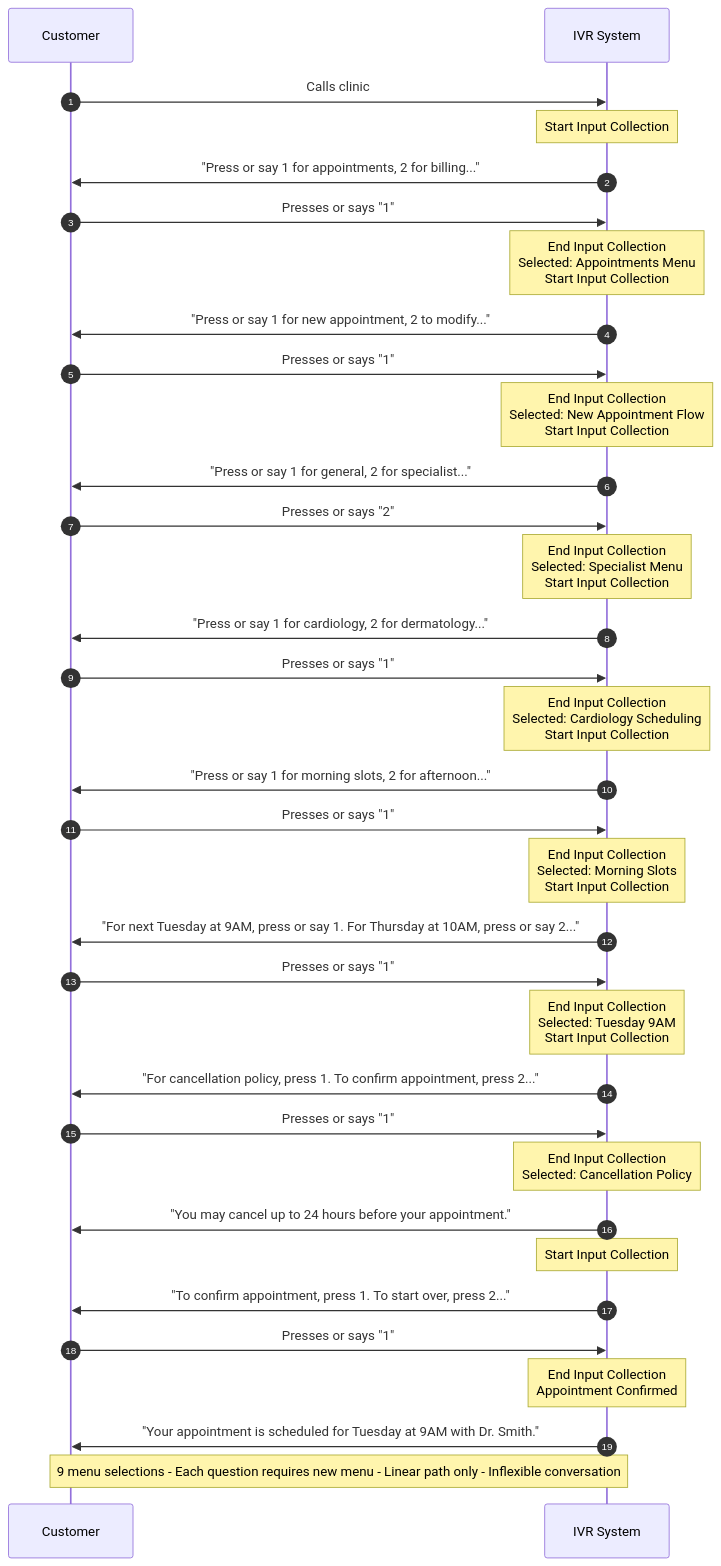
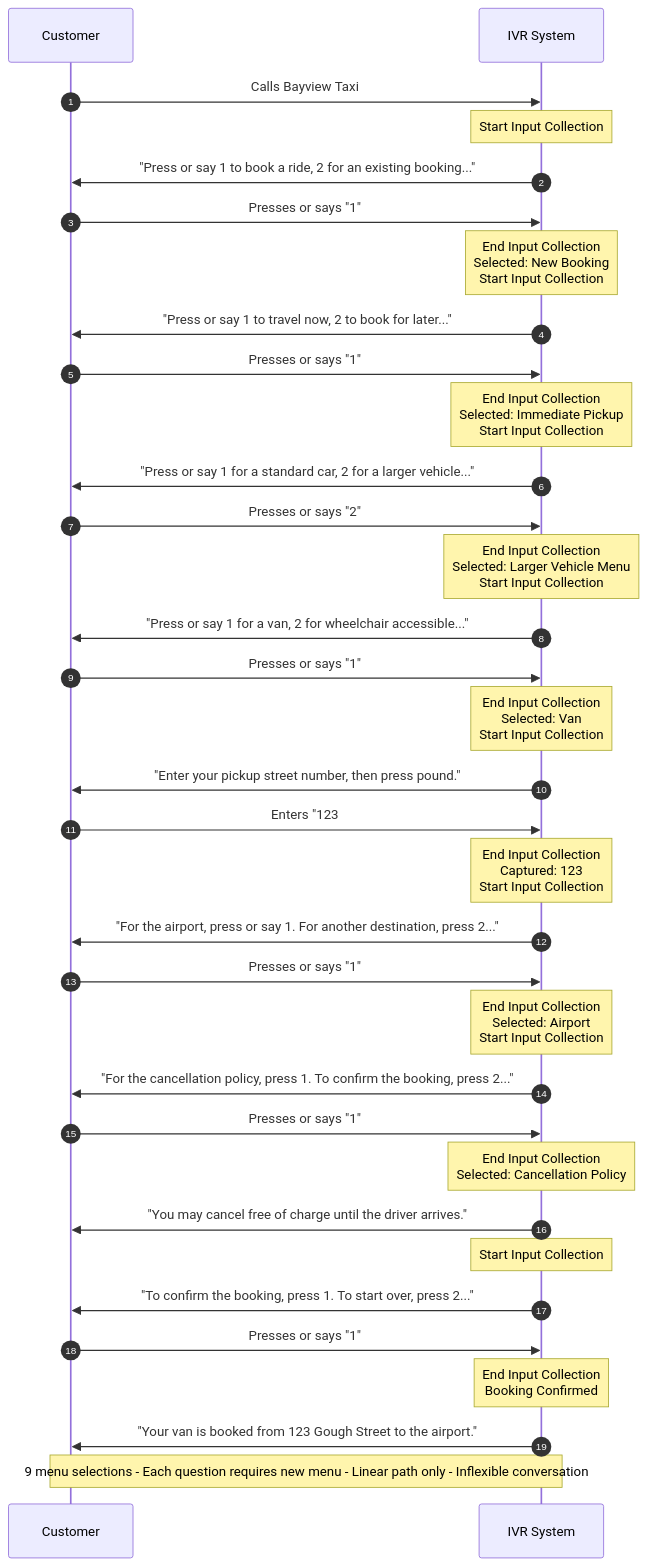
The third of 9 diagrams in fern/products/platform/pages/ai/get-started/capabilities/index.mdx (signalwire/docs), drawn with Mermaid before and after one commit. The commit also changed other lines of this file and 8 other files, not shown here.

````diff
--- a/fern/products/platform/pages/ai/get-started/capabilities/index.mdx
+++ b/fern/products/platform/pages/ai/get-started/capabilities/index.mdx
@@ -93,36 +103,36 @@
 ```mermaid
 sequenceDiagram
     autonumber
     participant C as Customer
     participant I as IVR System
-    C->>I: Calls clinic
+    C->>I: Calls Bayview Taxi
     Note over I: Start Input Collection
-    I->>C: "Press or say 1 for appointments, 2 for billing..."
+    I->>C: "Press or say 1 to book a ride, 2 for an existing booking..."
     C->>I: Presses or says "1"
-    Note over I: End Input Collection<br/>Selected: Appointments Menu<br/>Start Input Collection
-    I->>C: "Press or say 1 for new appointment, 2 to modify..."
+    Note over I: End Input Collection<br/>Selected: New Booking<br/>Start Input Collection
+    I->>C: "Press or say 1 to travel now, 2 to book for later..."
     C->>I: Presses or says "1"
-    Note over I: End Input Collection<br/>Selected: New Appointment Flow<br/>Start Input Collection
-    I->>C: "Press or say 1 for general, 2 for specialist..."
+    Note over I: End Input Collection<br/>Selected: Immediate Pickup<br/>Start Input Collection
+    I->>C: "Press or say 1 for a standard car, 2 for a larger vehicle..."
     C->>I: Presses or says "2"
-    Note over I: End Input Collection<br/>Selected: Specialist Menu<br/>Start Input Collection
-    I->>C: "Press or say 1 for cardiology, 2 for dermatology..."
+    Note over I: End Input Collection<br/>Selected: Larger Vehicle Menu<br/>Start Input Collection
+    I->>C: "Press or say 1 for a van, 2 for wheelchair accessible..."
     C->>I: Presses or says "1"
-    Note over I: End Input Collection<br/>Selected: Cardiology Scheduling<br/>Start Input Collection
-    I->>C: "Press or say 1 for morning slots, 2 for afternoon..."
+    Note over I: End Input Collection<br/>Selected: Van<br/>Start Input Collection
+    I->>C: "Enter your pickup street number, then press pound."
+    C->>I: Enters "123#"
+    Note over I: End Input Collection<br/>Captured: 123<br/>Start Input Collection
+    I->>C: "For the airport, press or say 1. For another destination, press 2..."
     C->>I: Presses or says "1"
-    Note over I: End Input Collection<br/>Selected: Morning Slots<br/>Start Input Collection
-    I->>C: "For next Tuesday at 9AM, press or say 1. For Thursday at 10AM, press or say 2..."
-    C->>I: Presses or says "1"
-    Note over I: End Input Collection<br/>Selected: Tuesday 9AM<br/>Start Input Collection
-    I->>C: "For cancellation policy, press 1. To confirm appointment, press 2..."
+    Note over I: End Input Collection<br/>Selected: Airport<br/>Start Input Collection
+    I->>C: "For the cancellation policy, press 1. To confirm the booking, press 2..."
     C->>I: Presses or says "1"
     Note over I: End Input Collection<br/>Selected: Cancellation Policy
-    I->>C: "You may cancel up to 24 hours before your appointment."
+    I->>C: "You may cancel free of charge until the driver arrives."
     Note over I: Start Input Collection
-    I->>C: "To confirm appointment, press 1. To start over, press 2..."
+    I->>C: "To confirm the booking, press 1. To start over, press 2..."
     C->>I: Presses or says "1"
-    Note over I: End Input Collection<br/>Appointment Confirmed
-    I->>C: "Your appointment is scheduled for Tuesday at 9AM with Dr. Smith."
+    Note over I: End Input Collection<br/>Booking Confirmed
+    I->>C: "Your van is booked from 123 Gough Street to the airport."
     Note over C,I: 9 menu selections - Each question requires new menu - Linear path only - Inflexible conversation
 ```
````
